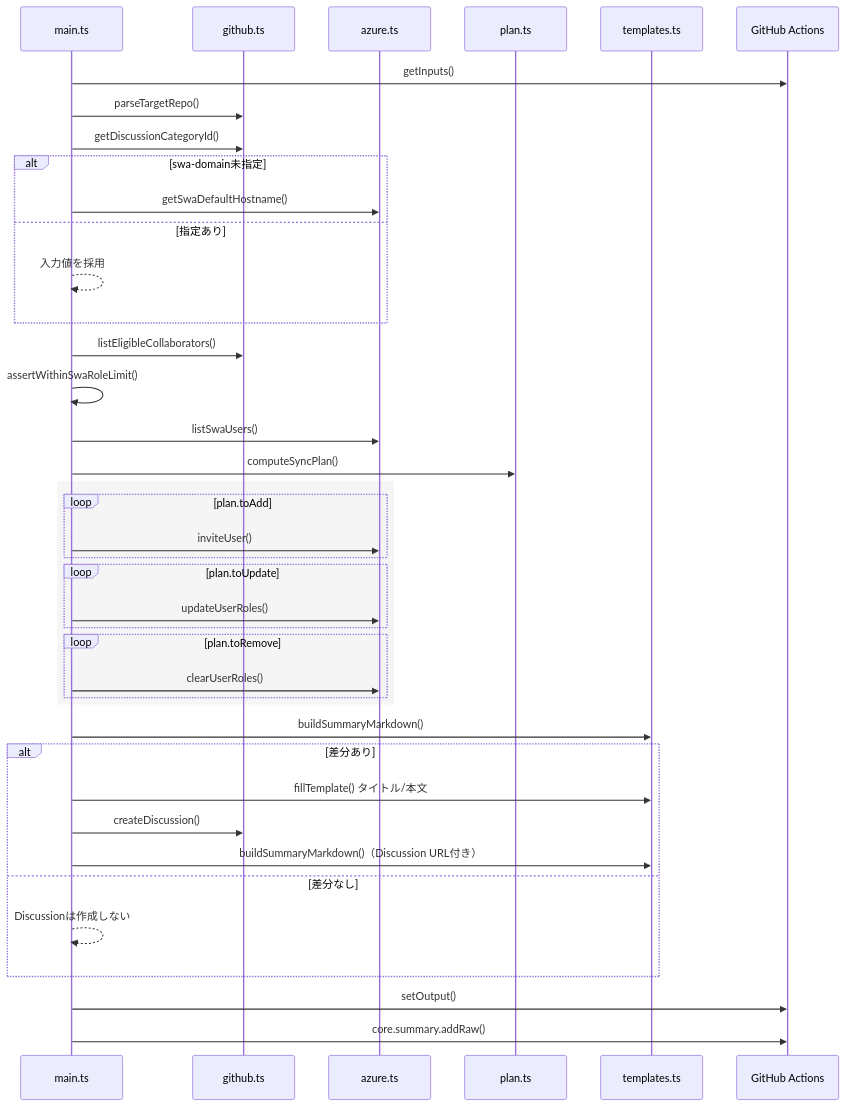
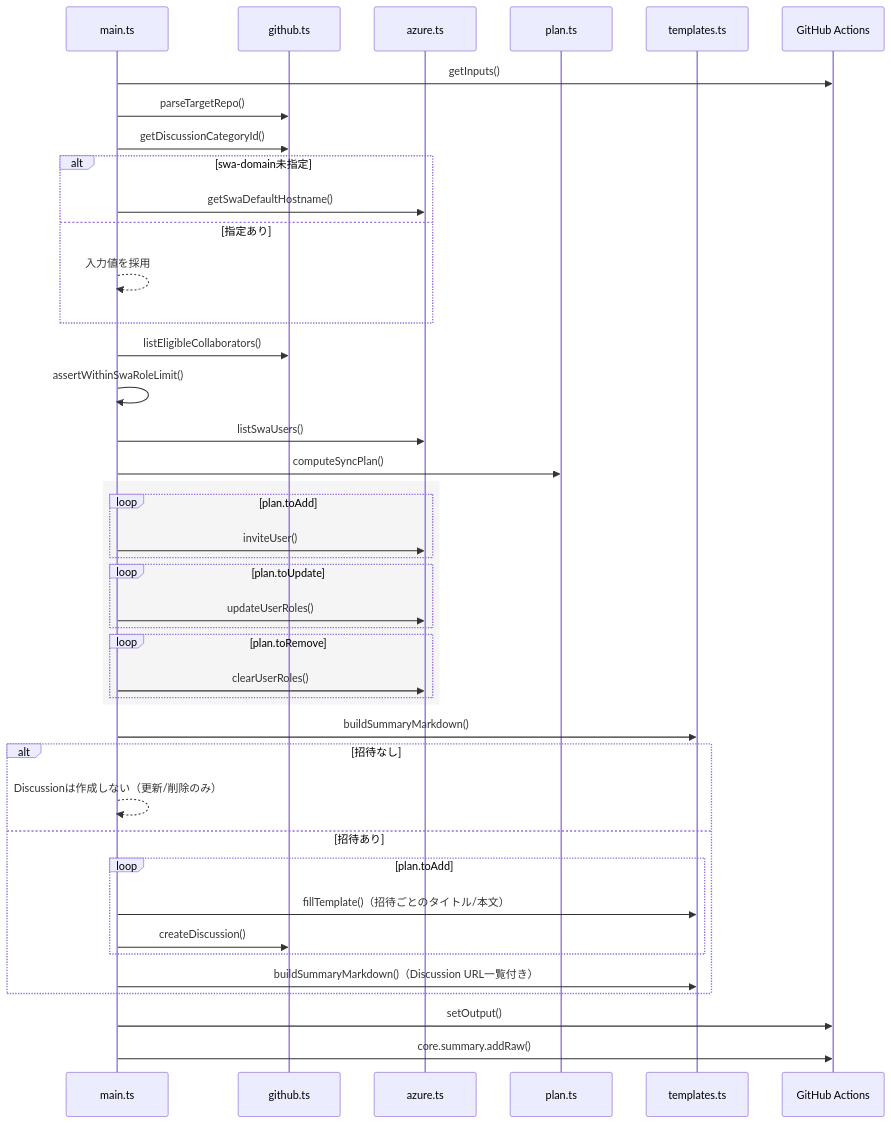
Before and after one commit to actions-marketplace-validations/nuitsjp_swa-github-role-sync: the first of 2 diagrams in docs/architecture.ja.md, drawn with Mermaid. The commit also changed other lines of this file and 15 other files, not shown here.

First line of the commit message:
feat: update discussion handling in SWA GitHub role sync action

````diff
--- a/docs/architecture.ja.md
+++ b/docs/architecture.ja.md
@@ -19,43 +19,45 @@
 ```mermaid
 sequenceDiagram
   participant Main as main.ts
   participant GitHub as github.ts
   participant Azure as azure.ts
   participant Plan as plan.ts
   participant Templates as templates.ts
   participant Actions as GitHub Actions
 
   Main->>Actions: getInputs()
   Main->>GitHub: parseTargetRepo()
   Main->>GitHub: getDiscussionCategoryId()
   alt swa-domain未指定
     Main->>Azure: getSwaDefaultHostname()
   else 指定あり
     Main-->>Main: 入力値を採用
   end
   Main->>GitHub: listEligibleCollaborators()
   Main->>Main: assertWithinSwaRoleLimit()
   Main->>Azure: listSwaUsers()
   Main->>Plan: computeSyncPlan()
   rect rgb(245,245,245)
     loop plan.toAdd
       Main->>Azure: inviteUser()
     end
     loop plan.toUpdate
       Main->>Azure: updateUserRoles()
     end
     loop plan.toRemove
       Main->>Azure: clearUserRoles()
     end
   end
   Main->>Templates: buildSummaryMarkdown()
-  alt 差分あり
-    Main->>Templates: fillTemplate() タイトル/本文
-    Main->>GitHub: createDiscussion()
-    Main->>Templates: buildSummaryMarkdown()（Discussion URL付き）
-  else 差分なし
-    Main-->>Main: Discussionは作成しない
+  alt 招待なし
+    Main-->>Main: Discussionは作成しない（更新/削除のみ）
+  else 招待あり
+    loop plan.toAdd
+      Main->>Templates: fillTemplate()（招待ごとのタイトル/本文）
+      Main->>GitHub: createDiscussion()
+    end
+    Main->>Templates: buildSummaryMarkdown()（Discussion URL一覧付き）
   end
   Main->>Actions: setOutput()
   Main->>Actions: core.summary.addRaw()
 ```
````
